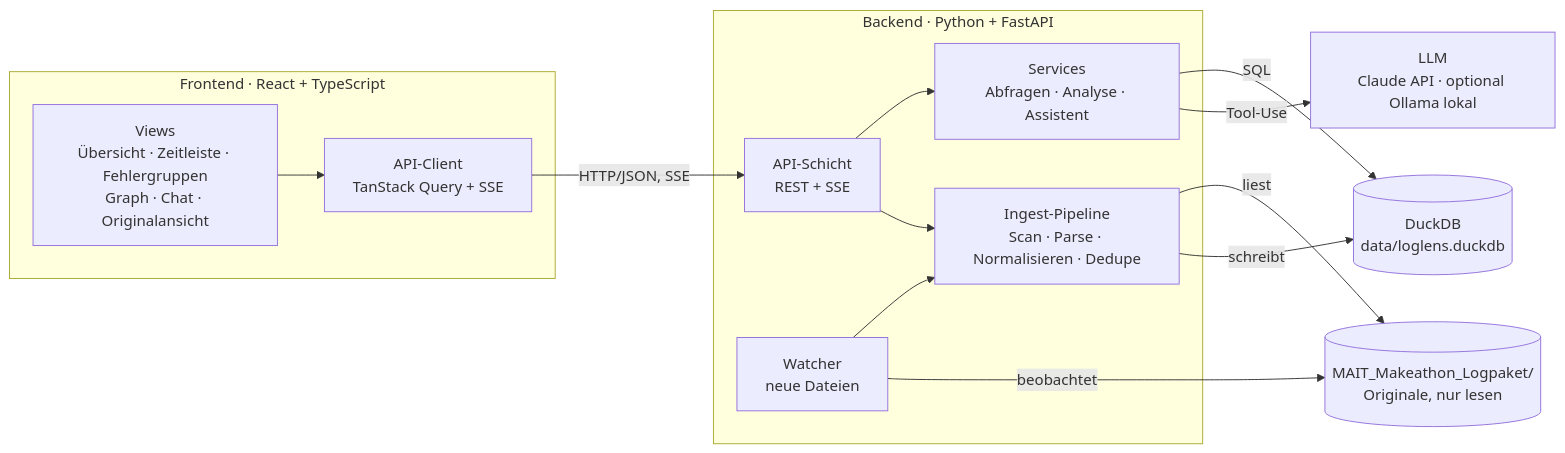
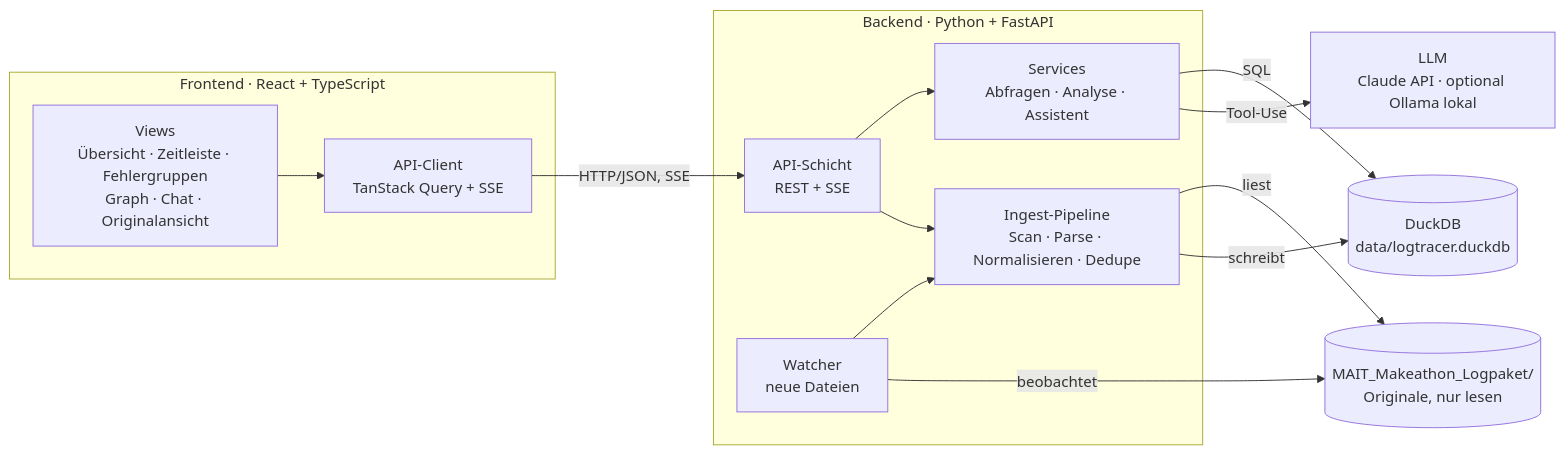
One commit to soezbay/mait-log-tracer-makeathon-2026 changed the first of 5 diagrams in docs/ARCHITEKTUR.md. Above: the diagram before and after it, drawn with Mermaid. The commit also changed other lines of this file and 3 other files, not shown here.

````diff
--- a/docs/ARCHITEKTUR.md
+++ b/docs/ARCHITEKTUR.md
@@ -22,29 +22,29 @@
 ```mermaid
 flowchart LR
     subgraph FE["Frontend · React + TypeScript"]
         UI["Views<br/>Übersicht · Zeitleiste · Fehlergruppen<br/>Graph · Chat · Originalansicht"]
         APIC["API-Client<br/>TanStack Query + SSE"]
         UI --> APIC
     end
 
     subgraph BE["Backend · Python + FastAPI"]
         API["API-Schicht<br/>REST + SSE"]
         SVC["Services<br/>Abfragen · Analyse · Assistent"]
         PIPE["Ingest-Pipeline<br/>Scan · Parse · Normalisieren · Dedupe"]
         WATCH["Watcher<br/>neue Dateien"]
         API --> SVC
         WATCH --> PIPE
         API --> PIPE
     end
 
     LOGS[("MAIT_Makeathon_Logpaket/<br/>Originale, nur lesen")]
-    DB[("DuckDB<br/>data/loglens.duckdb")]
+    DB[("DuckDB<br/>data/logtracer.duckdb")]
     LLM["LLM<br/>Claude API · optional Ollama lokal"]
 
     APIC -- "HTTP/JSON, SSE" --> API
     PIPE -- liest --> LOGS
     WATCH -- beobachtet --> LOGS
     PIPE -- schreibt --> DB
     SVC -- SQL --> DB
     SVC -- "Tool-Use" --> LLM
 ```
````
